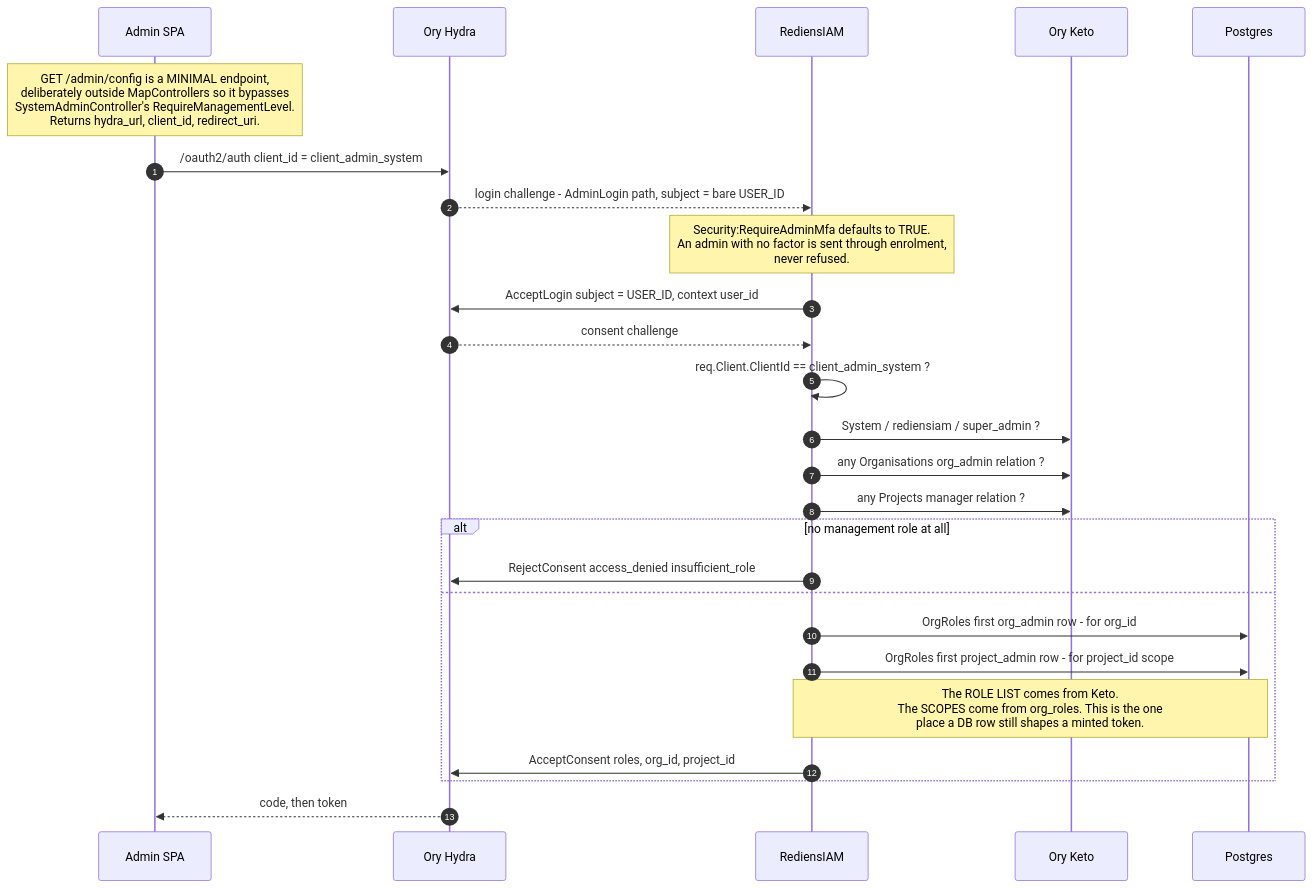
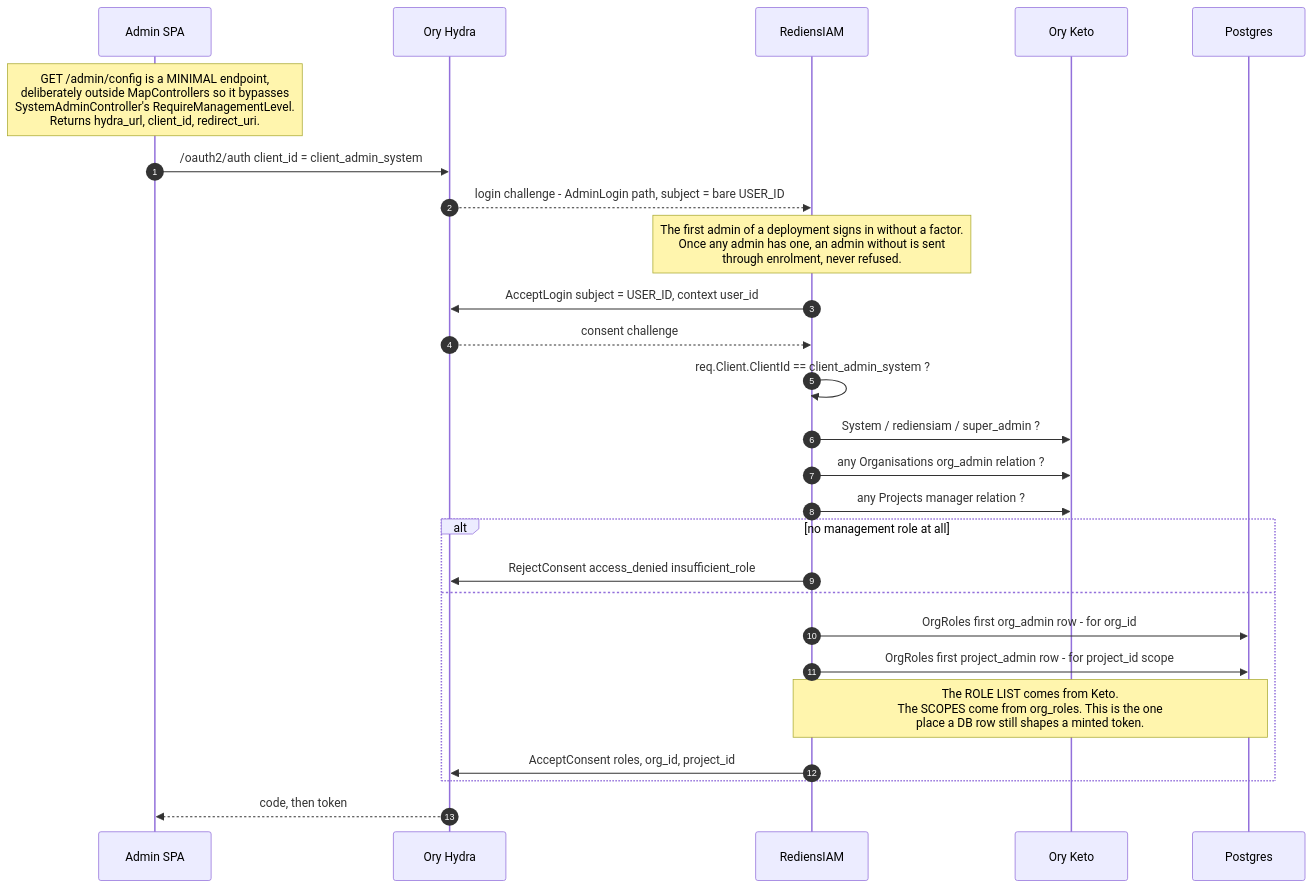
One commit to GuillaumeCariou/RediensIAM changed diagram 12 of 27 in docs/DIAGRAMS.md. Above: the diagram before and after it, drawn with Mermaid. The commit also changed 64 other files, not shown here.

````diff
--- a/docs/DIAGRAMS.md
+++ b/docs/DIAGRAMS.md
@@ -509,29 +509,29 @@
 ```mermaid
 sequenceDiagram
     autonumber
     participant SPA as Admin SPA
     participant H as Ory Hydra
     participant R as RediensIAM
     participant K as Ory Keto
     participant DB as Postgres
 
     Note over SPA: GET /admin/config is a MINIMAL endpoint,<br/>deliberately outside MapControllers so it bypasses<br/>SystemAdminController's RequireManagementLevel.<br/>Returns hydra_url, client_id, redirect_uri.
     SPA->>H: /oauth2/auth  client_id = client_admin_system
     H-->>R: login challenge - AdminLogin path, subject = bare USER_ID
-    Note over R: Security:RequireAdminMfa defaults to TRUE.<br/>An admin with no factor is sent through enrolment,<br/>never refused.
+    Note over R: The first admin of a deployment signs in without a factor.<br/>Once any admin has one, an admin without is sent<br/>through enrolment, never refused.
     R->>H: AcceptLogin subject = USER_ID, context user_id
     H-->>R: consent challenge
     R->>R: req.Client.ClientId == client_admin_system ?
     R->>K: System / rediensiam / super_admin ?
     R->>K: any Organisations org_admin relation ?
     R->>K: any Projects manager relation ?
     alt no management role at all
         R->>H: RejectConsent access_denied insufficient_role
     else
         R->>DB: OrgRoles first org_admin row - for org_id
         R->>DB: OrgRoles first project_admin row - for project_id scope
         Note over R,DB: The ROLE LIST comes from Keto.<br/>The SCOPES come from org_roles. This is the one<br/>place a DB row still shapes a minted token.
         R->>H: AcceptConsent  roles, org_id, project_id
     end
     H-->>SPA: code, then token
 ```
````
